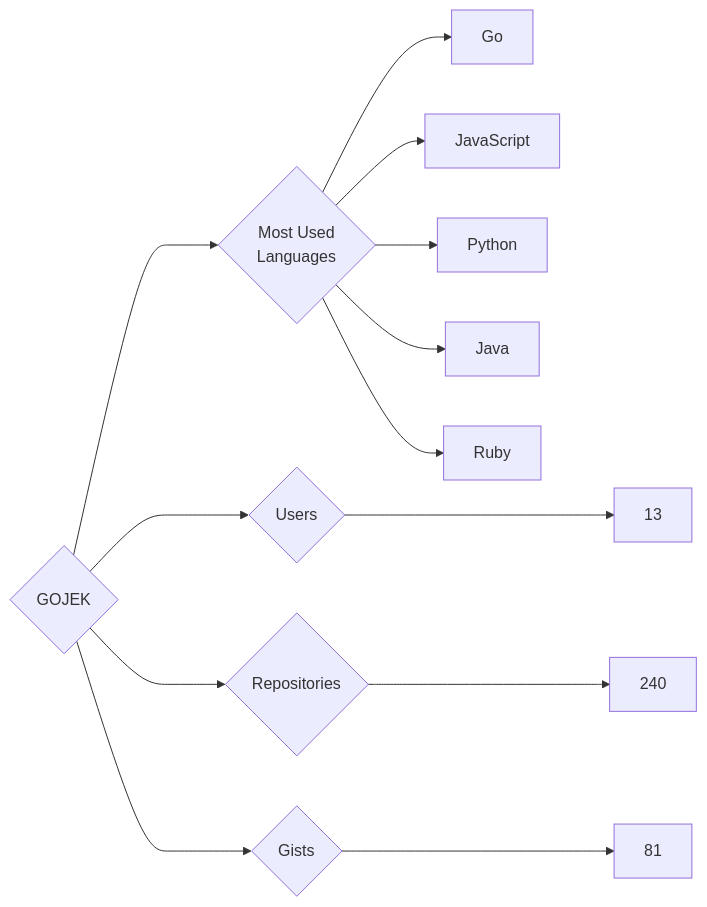
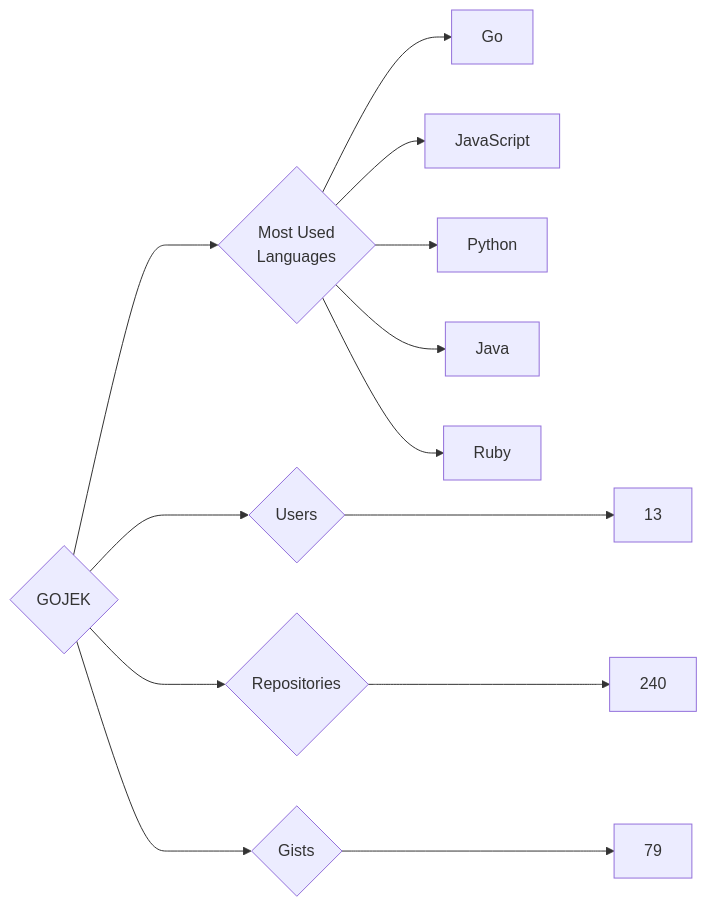
Before and after one commit to trickest/insiders: the diagram in targets/GOJEK/README.md, drawn with Mermaid. The commit also changed 622 other files, not shown here.

````diff
--- a/targets/GOJEK/README.md
+++ b/targets/GOJEK/README.md
@@ -3,13 +3,13 @@
 ```mermaid
 graph LR
 COMPANY_NAME{GOJEK}
 COMPANY_NAME ---> U{Users} ---> UN[13]
 COMPANY_NAME ---> R{Repositories} ---> RN[240]
-COMPANY_NAME ---> G{Gists} ---> GN[81]
+COMPANY_NAME ---> G{Gists} ---> GN[79]
 COMPANY_NAME ---> ML{Most Used<br>Languages}
 ML --> Go[Go]
 ML --> JavaScript[JavaScript]
 ML --> Python[Python]
 ML --> Java[Java]
 ML --> Ruby[Ruby]
 ```
````
